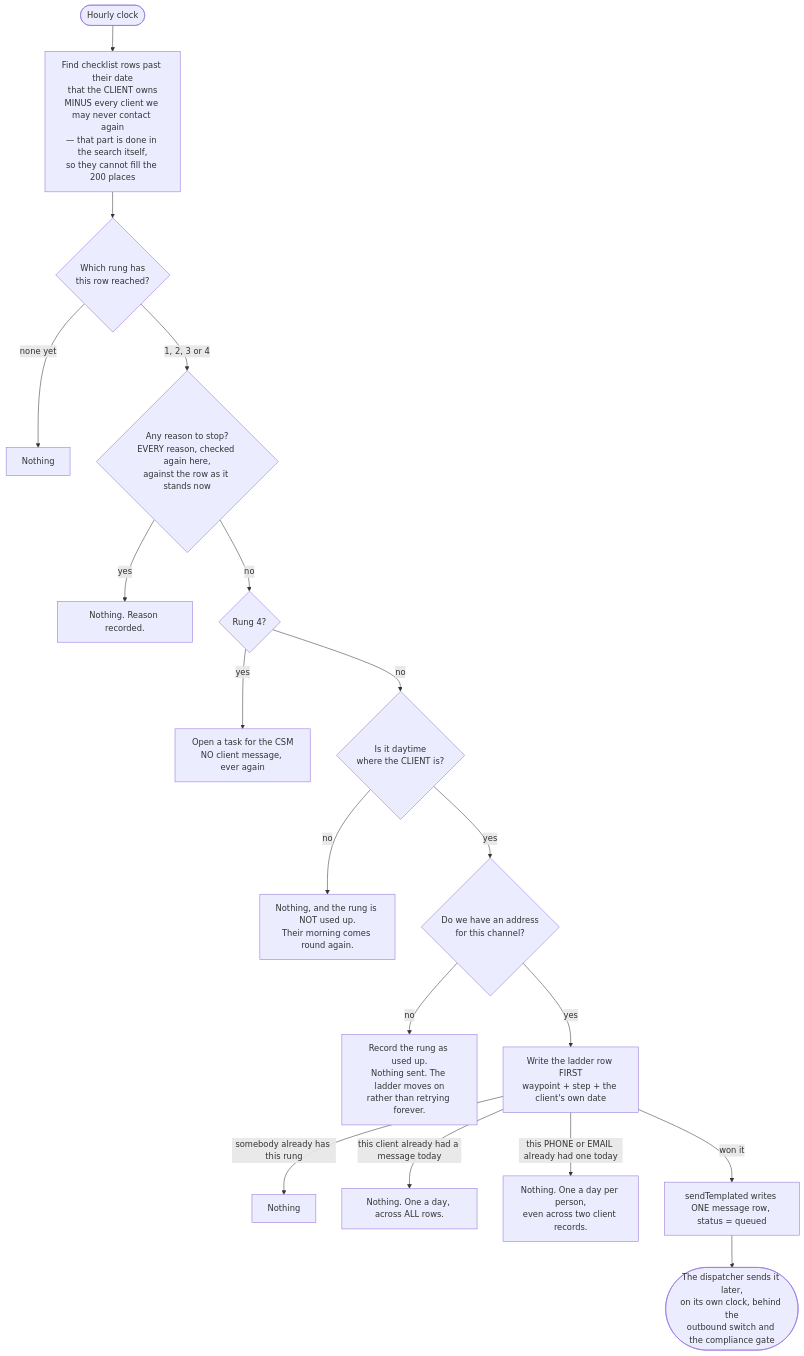
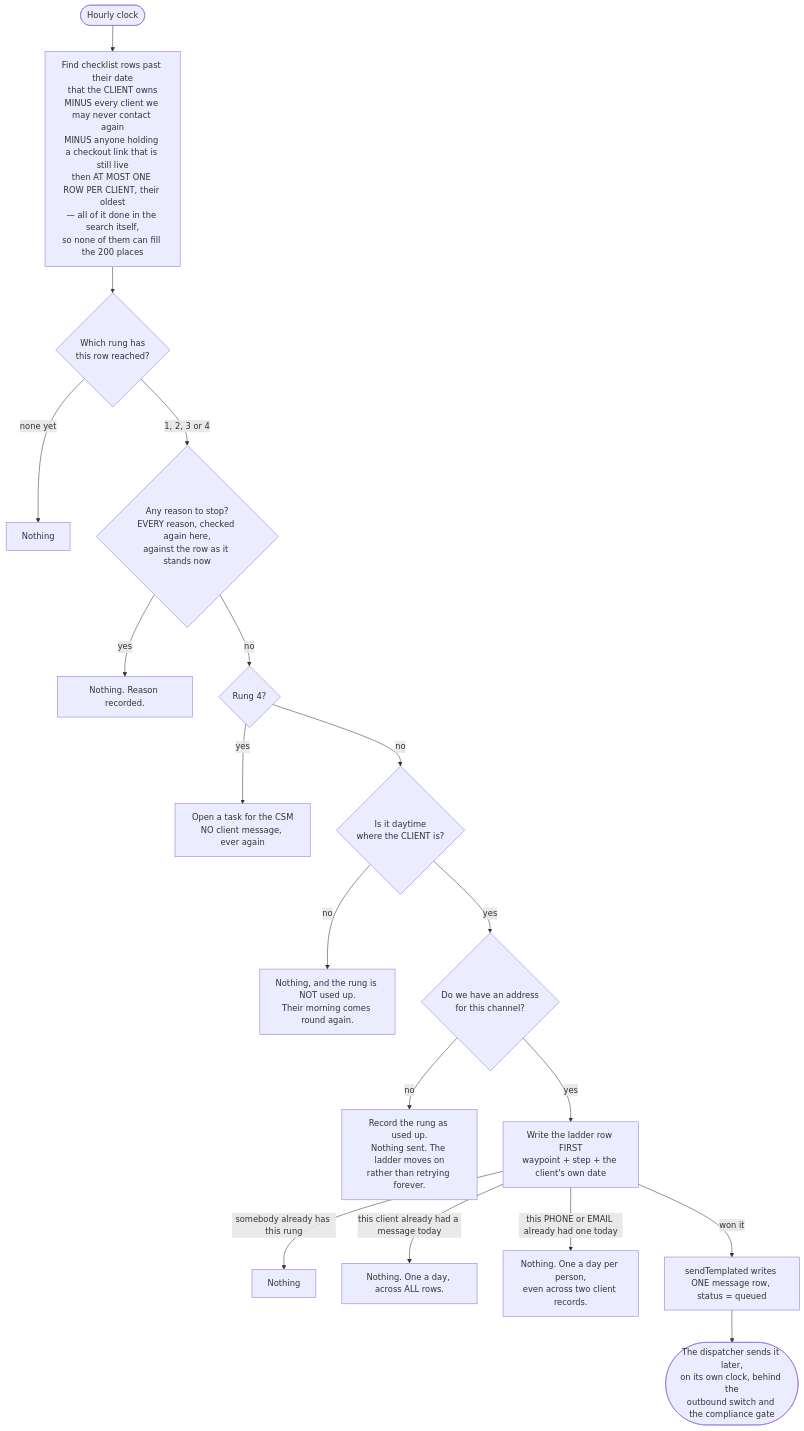
Before and after one commit to ZootimusMaximusSupreme/Fundhub_ai: the first of 3 diagrams in docs/journeys/waypoint-nudge-actual.md, drawn with Mermaid. The commit also changed 4 other files, not shown here.

First line of the commit message:
Say the true thing about who can delete a client, and where the seven days live

````diff
--- a/docs/journeys/waypoint-nudge-actual.md
+++ b/docs/journeys/waypoint-nudge-actual.md
@@ -39,26 +39,26 @@
 ```mermaid
 flowchart TD
-    CRON([Hourly clock]) --> PLAN[Find checklist rows past their date<br/>that the CLIENT owns<br/>MINUS every client we may never contact again<br/>— that part is done in the search itself,<br/>so they cannot fill the 200 places]
+    CRON([Hourly clock]) --> PLAN[Find checklist rows past their date<br/>that the CLIENT owns<br/>MINUS every client we may never contact again<br/>MINUS anyone holding a checkout link that is still live<br/>then AT MOST ONE ROW PER CLIENT, their oldest<br/>— all of it done in the search itself,<br/>so none of them can fill the 200 places]
     PLAN --> RUNG{Which rung has<br/>this row reached?}
     RUNG -->|none yet| STOP1[Nothing]
     RUNG -->|1, 2, 3 or 4| EXITS{Any reason to stop?<br/>EVERY reason, checked again here,<br/>against the row as it stands now}
 
     EXITS -->|yes| STOP2[Nothing. Reason recorded.]
     EXITS -->|no| KIND{Rung 4?}
 
     KIND -->|yes| TASK[Open a task for the CSM<br/>NO client message, ever again]
     KIND -->|no| DAY{Is it daytime<br/>where the CLIENT is?}
 
     DAY -->|no| STOP3[Nothing, and the rung is NOT used up.<br/>Their morning comes round again.]
     DAY -->|yes| ADDR{Do we have an address<br/>for this channel?}
 
     ADDR -->|no| SKIP[Record the rung as used up.<br/>Nothing sent. The ladder moves on<br/>rather than retrying forever.]
     ADDR -->|yes| CLAIM[Write the ladder row FIRST<br/>waypoint + step + the client's own date]
 
     CLAIM -->|somebody already has this rung| STOP4[Nothing]
     CLAIM -->|this client already had a message today| STOP5[Nothing. One a day, across ALL rows.]
     CLAIM -->|this PHONE or EMAIL already had one today| STOP6[Nothing. One a day per person,<br/>even across two client records.]
     CLAIM -->|won it| QUEUE[sendTemplated writes ONE message row, status = queued]
 
     QUEUE --> DISPATCH([The dispatcher sends it later,<br/>on its own clock, behind the<br/>outbound switch and the compliance gate])
 ```
````
